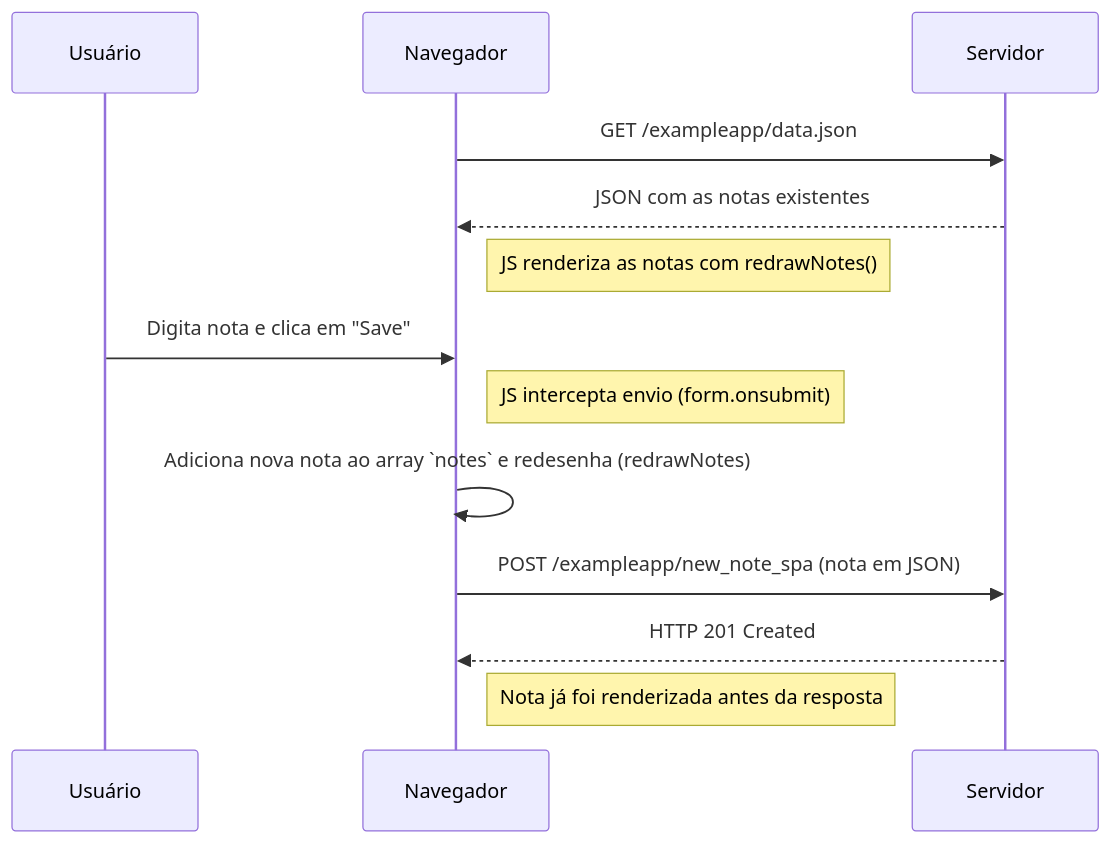
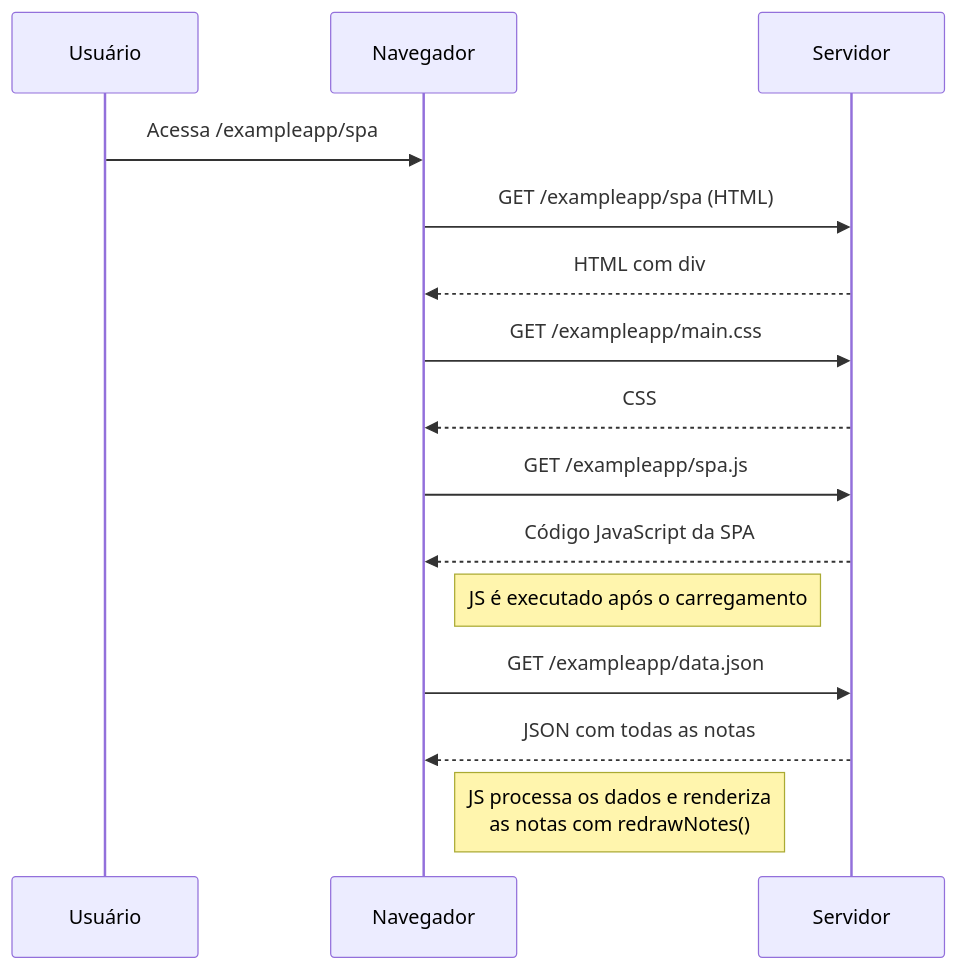
The diagram in part0/Exercise0.5.md (danielsmartins/FullStack), drawn with Mermaid before and after one commit.

````diff
--- a/part0/Exercise0.5.md
+++ b/part0/Exercise0.5.md
@@ -1,20 +1,23 @@
 ```mermaid
 sequenceDiagram
     participant Usuário
     participant Navegador
     participant Servidor
 
+    Usuário->>Navegador: Acessa /exampleapp/spa
+    Navegador->>Servidor: GET /exampleapp/spa (HTML)
+    Servidor-->>Navegador: HTML com div#notes e formulário
+
+    Navegador->>Servidor: GET /exampleapp/main.css
+    Servidor-->>Navegador: CSS
+
+    Navegador->>Servidor: GET /exampleapp/spa.js
+    Servidor-->>Navegador: Código JavaScript da SPA
+
+    Note right of Navegador: JS é executado após o carregamento
+
     Navegador->>Servidor: GET /exampleapp/data.json
-    Servidor-->>Navegador: JSON com as notas existentes
-    Note right of Navegador: JS renderiza as notas com redrawNotes()
+    Servidor-->>Navegador: JSON com todas as notas
 
-    Usuário->>Navegador: Digita nota e clica em "Save"
-    Note right of Navegador: JS intercepta envio (form.onsubmit)
-
-    Navegador->>Navegador: Adiciona nova nota ao array `notes` e redesenha (redrawNotes)
-
-    Navegador->>Servidor: POST /exampleapp/new_note_spa (nota em JSON)
-    Servidor-->>Navegador: HTTP 201 Created
-
-    Note right of Navegador: Nota já foi renderizada antes da resposta
+    Note right of Navegador: JS processa os dados e renderiza<br>as notas com redrawNotes()
 ```
````
